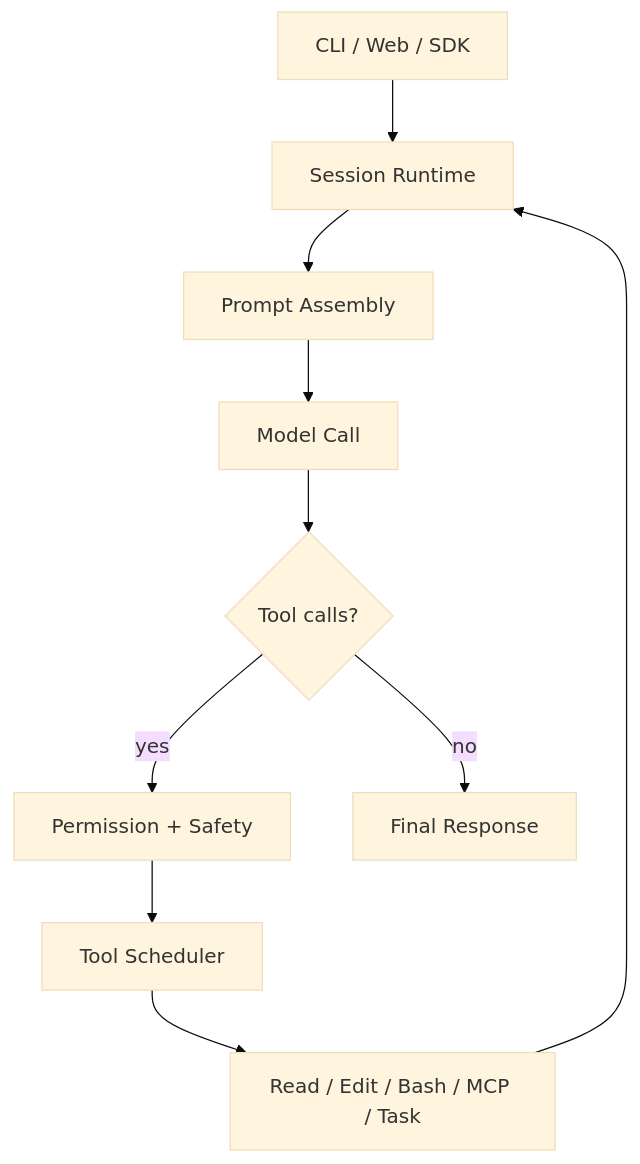
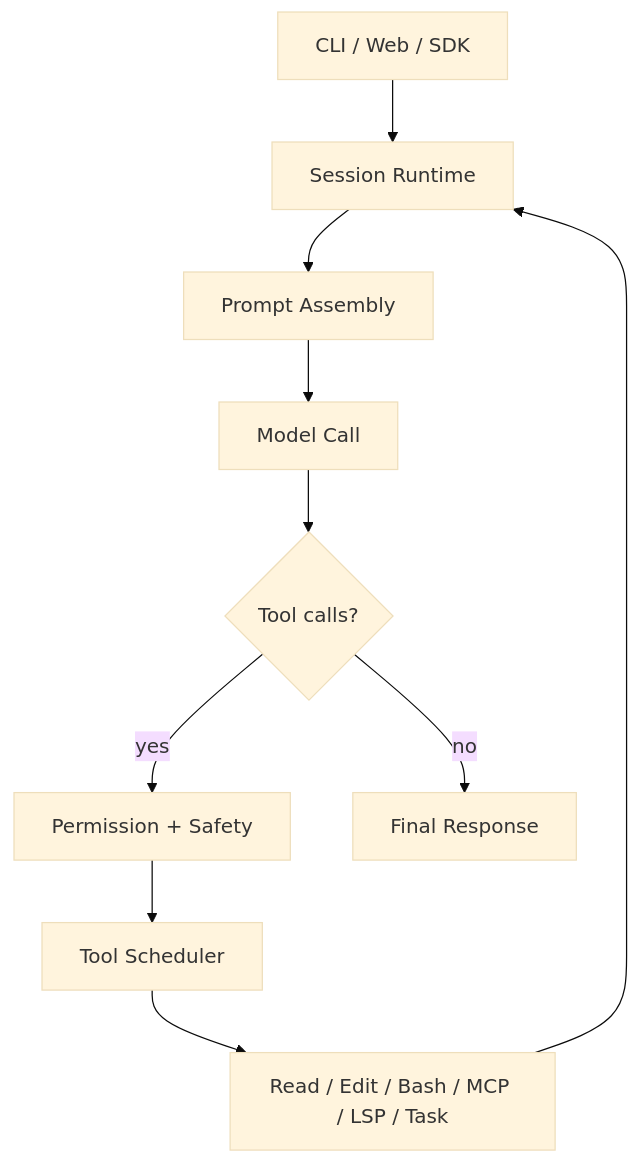
One commit to Yecyi/OpenAGt changed the first of 2 diagrams in README.zh.md. Above: the diagram before and after it, drawn with Mermaid (base theme). The commit also changed other lines of this file and 12 other files, not shown here.

````diff
--- a/README.zh.md
+++ b/README.zh.md
@@ -103,12 +92,12 @@
 ```mermaid
 flowchart TD
   A["CLI / Web / SDK"] --> B["Session Runtime"]
   B --> C["Prompt Assembly"]
   C --> D["Model Call"]
   D --> E{"Tool calls?"}
   E -- "yes" --> F["Permission + Safety"]
   F --> G["Tool Scheduler"]
-  G --> H["Read / Edit / Bash / MCP / Task"]
+  G --> H["Read / Edit / Bash / MCP / LSP / Task"]
   H --> B
   E -- "no" --> I["Final Response"]
 ```
````
